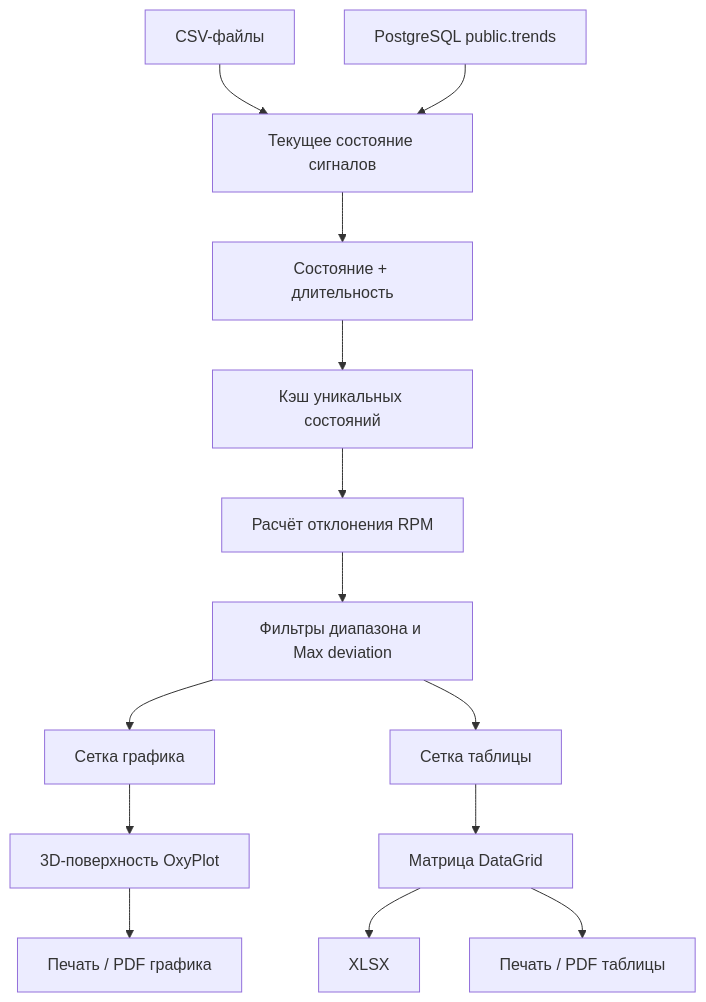
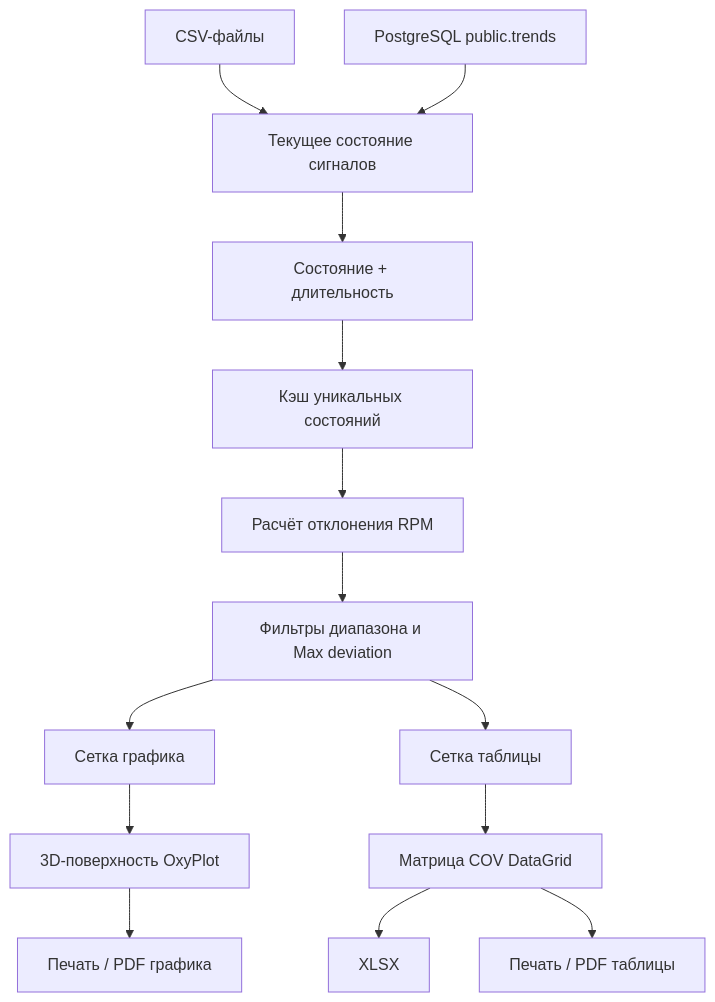
The diagram in DataTable/ARCHITECTURE.md (Lohus/DataTable), drawn with Mermaid before and after one commit. The commit also changed other lines of this file and 15 other files, not shown here.

````diff
--- a/DataTable/ARCHITECTURE.md
+++ b/DataTable/ARCHITECTURE.md
@@ -42,16 +42,16 @@
 ```mermaid
 flowchart TD
     CSV[CSV-файлы] --> State[Текущее состояние сигналов]
     PG[PostgreSQL public.trends] --> State
     State --> Interval[Состояние + длительность]
     Interval --> Cache[Кэш уникальных состояний]
     Cache --> Deviation[Расчёт отклонения RPM]
     Deviation --> Filter[Фильтры диапазона и Max deviation]
     Filter --> GraphGrid[Сетка графика]
     Filter --> TableGrid[Сетка таблицы]
     GraphGrid --> Surface[3D-поверхность OxyPlot]
-    TableGrid --> Matrix[Матрица DataGrid]
+    TableGrid --> Matrix[Матрица COV DataGrid]
     Matrix --> Excel[XLSX]
     Matrix --> PrintTable[Печать / PDF таблицы]
     Surface --> PrintGraph[Печать / PDF графика]
 ```
````
